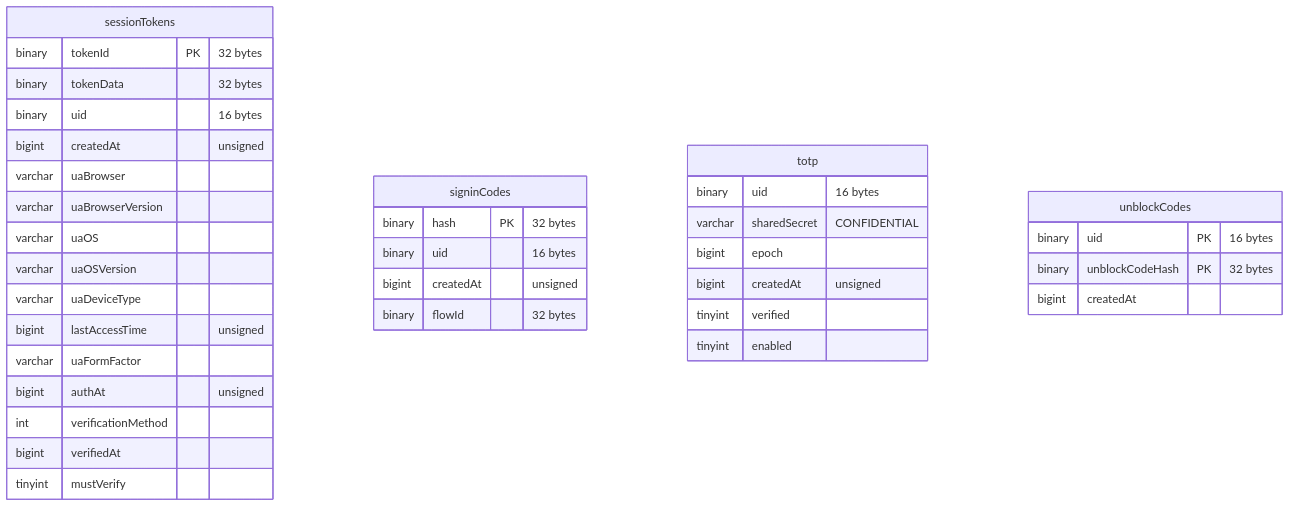
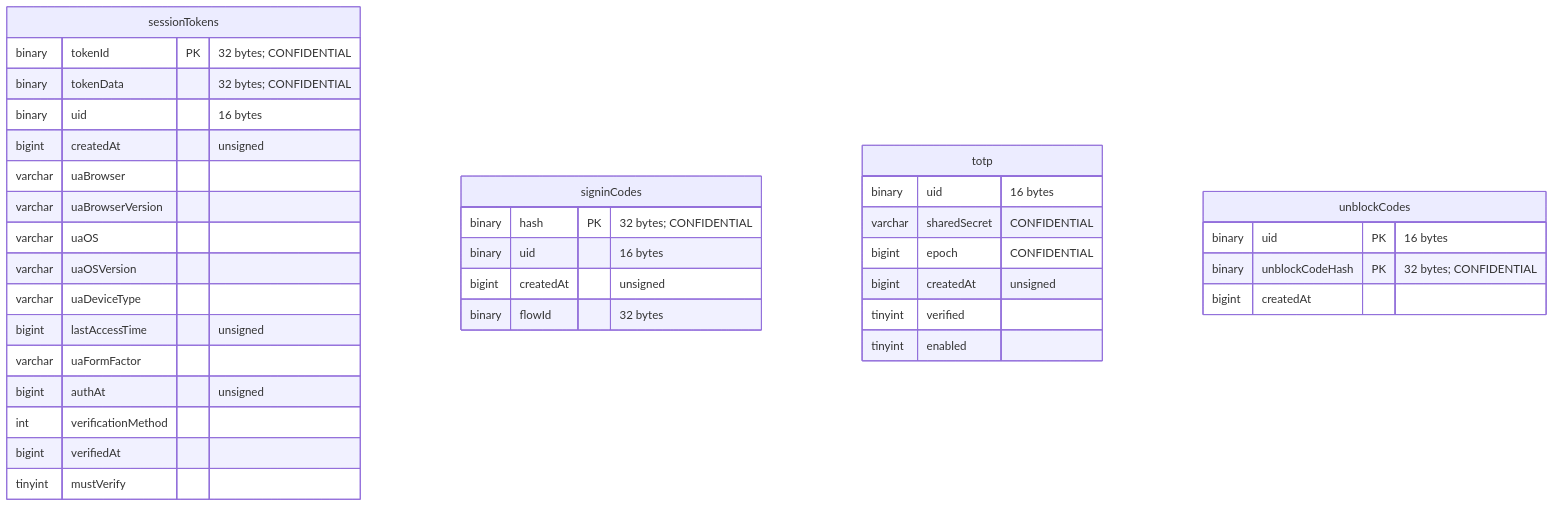
The sixth of 10 diagrams in docs/reference/database-structure.md (mozilla/ecosystem-platform), drawn with Mermaid before and after one commit. The commit also changed other lines of this file, not shown here.

````diff
--- a/docs/reference/database-structure.md
+++ b/docs/reference/database-structure.md
@@ -194,39 +194,39 @@
 ```mermaid
 erDiagram
     sessionTokens {
-        binary tokenId PK "32 bytes"
-        binary tokenData "32 bytes"
+        binary tokenId PK "32 bytes; CONFIDENTIAL"
+        binary tokenData "32 bytes; CONFIDENTIAL"
         binary uid "16 bytes"
         bigint createdAt "unsigned"
         varchar uaBrowser
         varchar uaBrowserVersion
         varchar uaOS
         varchar uaOSVersion
         varchar uaDeviceType
         bigint lastAccessTime "unsigned"
         varchar uaFormFactor
         bigint authAt "unsigned"
         int verificationMethod
         bigint verifiedAt
         tinyint mustVerify
     }
     signinCodes {
-        binary hash PK "32 bytes"
+        binary hash PK "32 bytes; CONFIDENTIAL"
         binary uid "16 bytes"
         bigint createdAt "unsigned"
         binary flowId "32 bytes"
     }
     totp {
         binary uid "16 bytes"
         varchar sharedSecret "CONFIDENTIAL"
-        bigint epoch
+        bigint epoch "CONFIDENTIAL"
         bigint createdAt "unsigned"
         tinyint verified
         tinyint enabled
     }
     unblockCodes {
         binary uid PK "16 bytes"
-        binary unblockCodeHash PK "32 bytes"
+        binary unblockCodeHash PK "32 bytes; CONFIDENTIAL"
         bigint createdAt
     }
 ```
````
